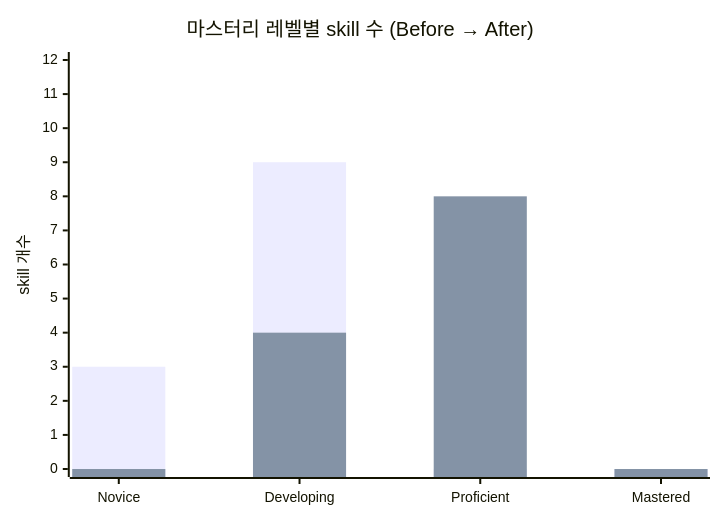
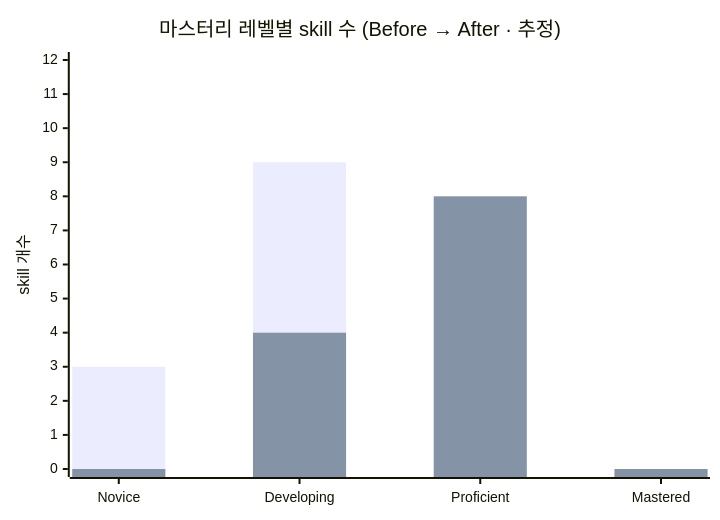
Before and after one commit to smilepat/myprojects: diagram 28 of 36 in SLIDES_GAP_TO_PROGRESS.md, drawn with Mermaid. The commit also changed other lines of this file and 6 other files, not shown here.

First line of the commit message:
feat(slides): expand from 19 to 36 charts + PDCA tracking (#1)

````diff
--- a/SLIDES_GAP_TO_PROGRESS.md
+++ b/SLIDES_GAP_TO_PROGRESS.md
@@ -361,8 +758,8 @@
 ```mermaid
 xychart-beta
-    title "마스터리 레벨별 skill 수 (Before → After)"
+    title "마스터리 레벨별 skill 수 (Before → After · 추정)"
     x-axis ["Novice","Developing","Proficient","Mastered"]
     y-axis "skill 개수" 0 --> 12
     bar [3, 9, 0, 0]
     bar [0, 4, 8, 0]
 ```
````
